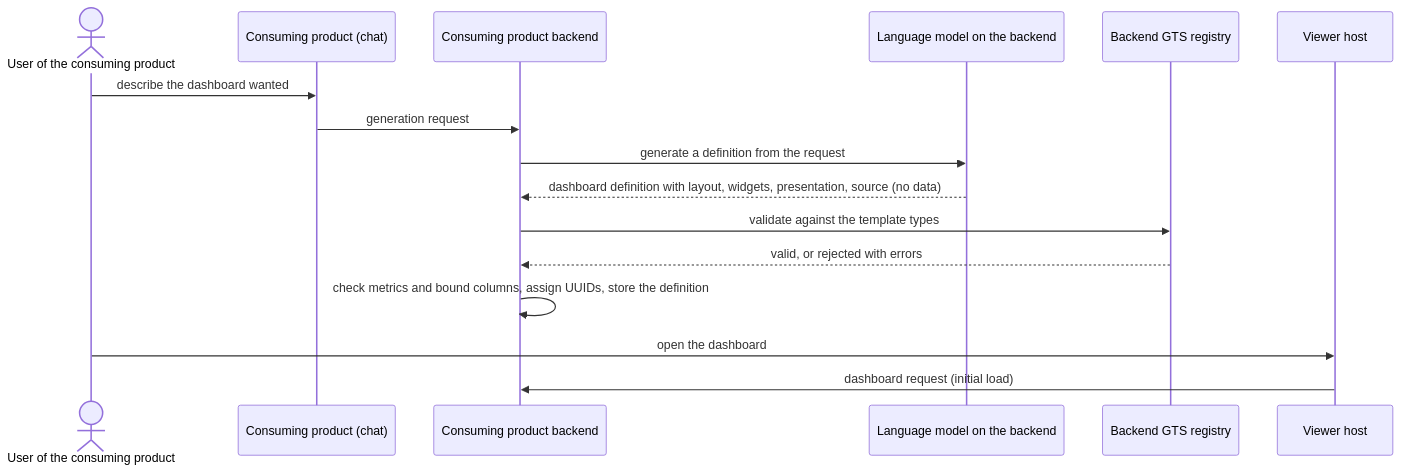
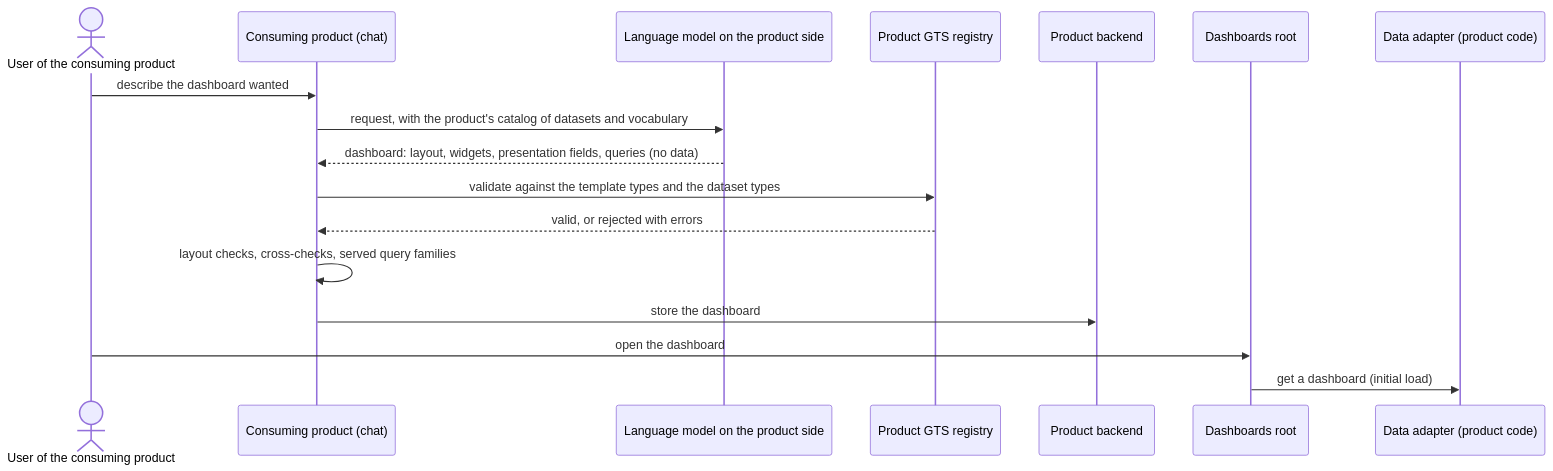
Before and after one commit to AndrejK666/gears-frontx-templates: diagram 11 of 11 in template-dashboard/architecture/DESIGN.md, drawn with Mermaid. The commit also changed other lines of this file and 25 other files, not shown here.

Commit message:
docs: sdlc updated with the declarative data query

````diff
--- a/template-dashboard/architecture/DESIGN.md
+++ b/template-dashboard/architecture/DESIGN.md
@@ -972,19 +1305,20 @@
 ```mermaid
 sequenceDiagram
     actor U as User of the consuming product
     participant CP as Consuming product (chat)
-    participant BE as Consuming product backend
-    participant LLM as Language model on the backend
-    participant REG as Backend GTS registry
-    participant VH as Viewer host
+    participant LM as Language model on the product side
+    participant REG as Product GTS registry
+    participant BE as Product backend
+    participant DR as Dashboards root
+    participant DA as Data adapter (product code)
 
     U->>CP: describe the dashboard wanted
-    CP->>BE: generation request
-    BE->>LLM: generate a definition from the request
-    LLM-->>BE: dashboard definition with layout, widgets, presentation, source (no data)
-    BE->>REG: validate against the template types
-    REG-->>BE: valid, or rejected with errors
-    BE->>BE: check metrics and bound columns, assign UUIDs, store the definition
-    U->>VH: open the dashboard
-    VH->>BE: dashboard request (initial load)
+    CP->>LM: request, with the product's catalog of datasets and vocabulary
+    LM-->>CP: dashboard: layout, widgets, presentation fields, queries (no data)
+    CP->>REG: validate against the template types and the dataset types
+    REG-->>CP: valid, or rejected with errors
+    CP->>CP: layout checks, cross-checks, served query families
+    CP->>BE: store the dashboard
+    U->>DR: open the dashboard
+    DR->>DA: get a dashboard (initial load)
 ```
````
